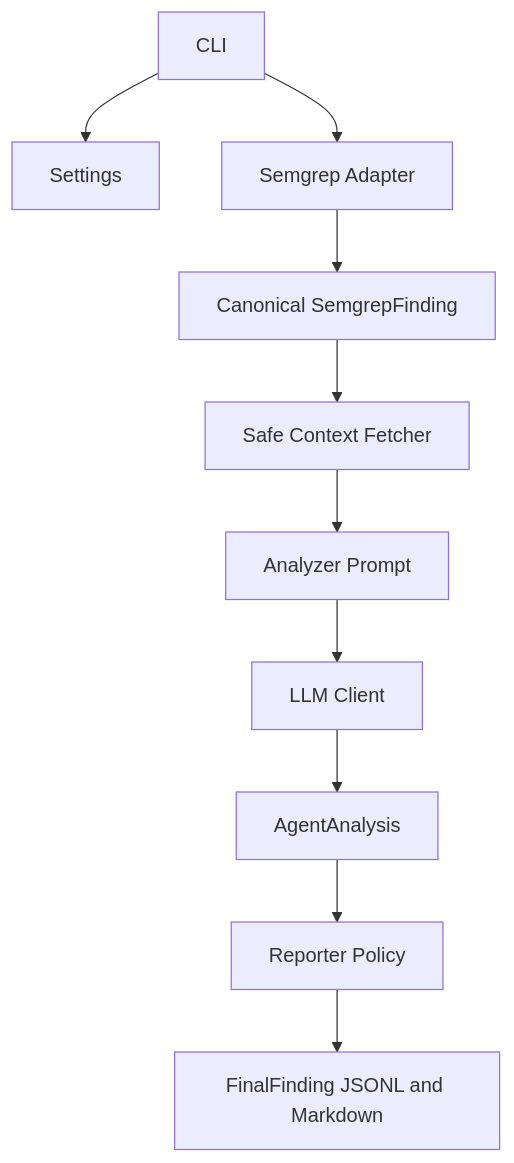
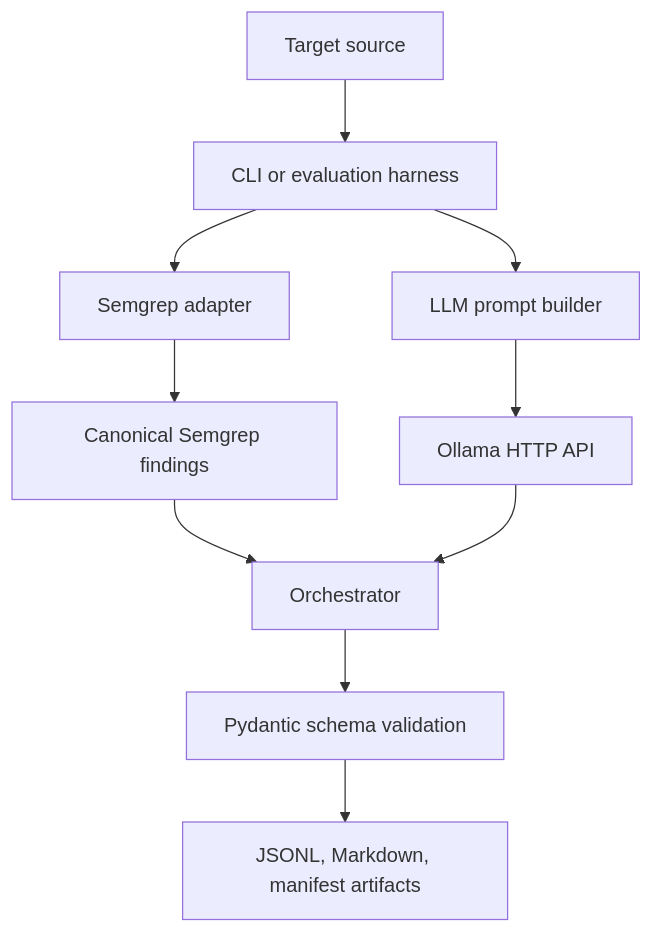
One commit to WhyAvya/cybersecurity-agent changed the first of 4 diagrams in docs/architecture.md. Above: the diagram before and after it, drawn with Mermaid. The commit also changed other lines of this file and 9 other files, not shown here.

````diff
--- a/docs/architecture.md
+++ b/docs/architecture.md
@@ -3,12 +7,12 @@
 ```mermaid
 flowchart TD
-    A[CLI] --> B[Settings]
-    A --> C[Semgrep Adapter]
-    C --> D[Canonical SemgrepFinding]
-    D --> E[Safe Context Fetcher]
-    E --> F[Analyzer Prompt]
-    F --> G[LLM Client]
-    G --> H[AgentAnalysis]
-    H --> I[Reporter Policy]
-    I --> J[FinalFinding JSONL and Markdown]
+    A[Target source] --> B[CLI or evaluation harness]
+    B --> C[Semgrep adapter]
+    B --> D[LLM prompt builder]
+    C --> E[Canonical Semgrep findings]
+    D --> F[Ollama HTTP API]
+    E --> G[Orchestrator]
+    F --> G
+    G --> H[Pydantic schema validation]
+    H --> I[JSONL, Markdown, manifest artifacts]
 ```
````
